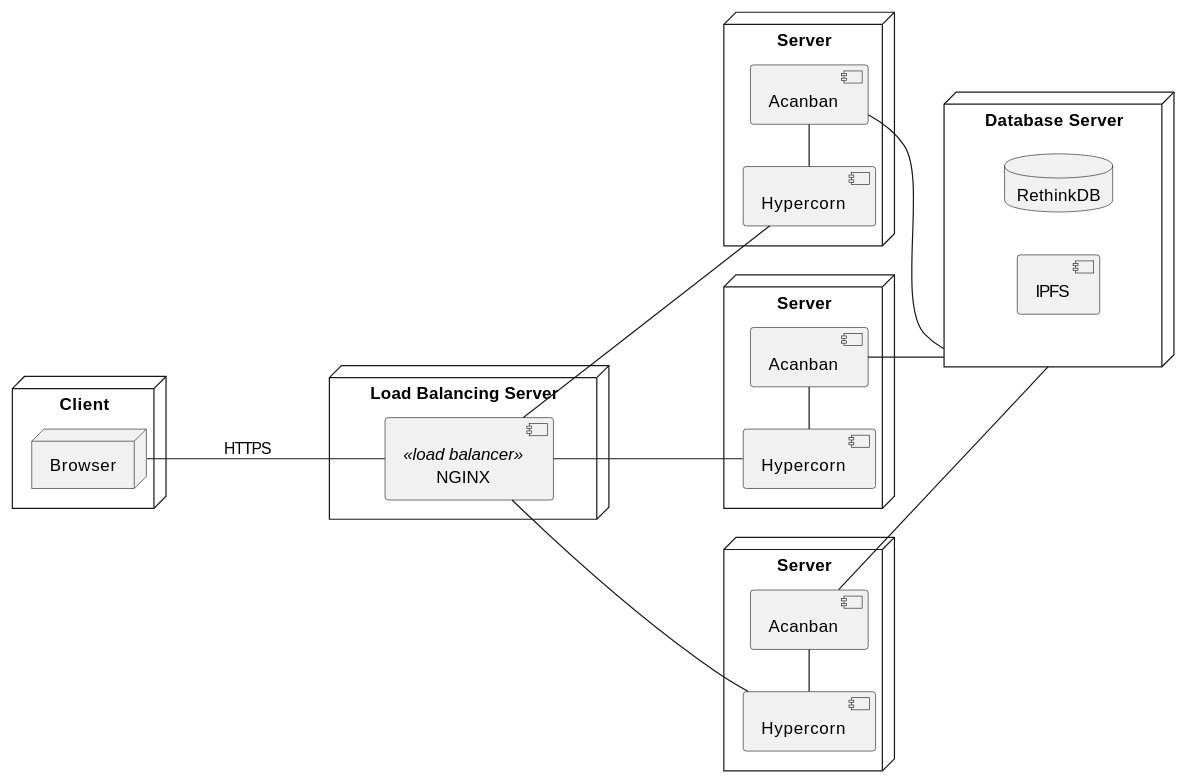
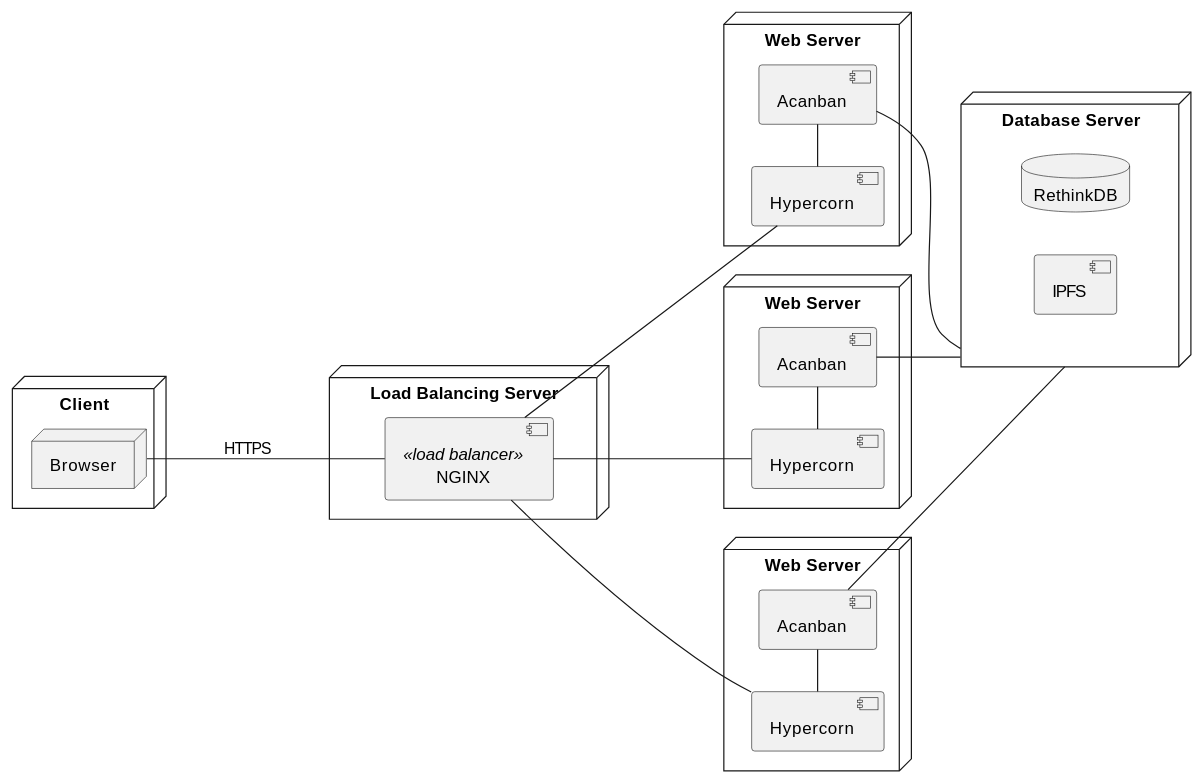
One commit to Huy-Ngo/acanban changed the second of 2 diagrams in docs/source/meth/arch.rst. Above: the diagram before and after it, drawn with PlantUML.

Commit message:
Rename node to Web Server to avoid confusion

```diff
--- a/docs/source/meth/arch.rst
+++ b/docs/source/meth/arch.rst
@@ -45,46 +45,46 @@
 .. uml::
    :caption: Alternative architecture with load balancer
    :name: arch-alt
 
    left to right direction
 
    node Client {
       node Browser
    }
 
    node "Load Balancing Server" {
       component NGINX as nginx <<load balancer>>
    }
 
-   node Server as server_1 {
+   node "Web Server" as server_1 {
       component Acanban as acanban_1
       component Hypercorn as hypercorn_1
    }
 
-   node Server as server_2 {
+   node "Web Server" as server_2 {
       component Acanban as acanban_2
       component Hypercorn as hypercorn_2
    }
 
-   node Server as server_3 {
+   node "Web Server" as server_3 {
       component Acanban as acanban_3
       component Hypercorn as hypercorn_3
    }
 
    node "Database Server" as db_server {
       database "RethinkDB" as db
       component IPFS
    }
 
    Browser --- nginx: HTTPS
 
    nginx  --- hypercorn_1
    nginx  --- hypercorn_2
    nginx  --- hypercorn_3
 
    hypercorn_1 - acanban_1
    hypercorn_2 - acanban_2
    hypercorn_3 - acanban_3
    acanban_1  -- db_server
    acanban_2  -- db_server
    acanban_3  -- db_server
```
